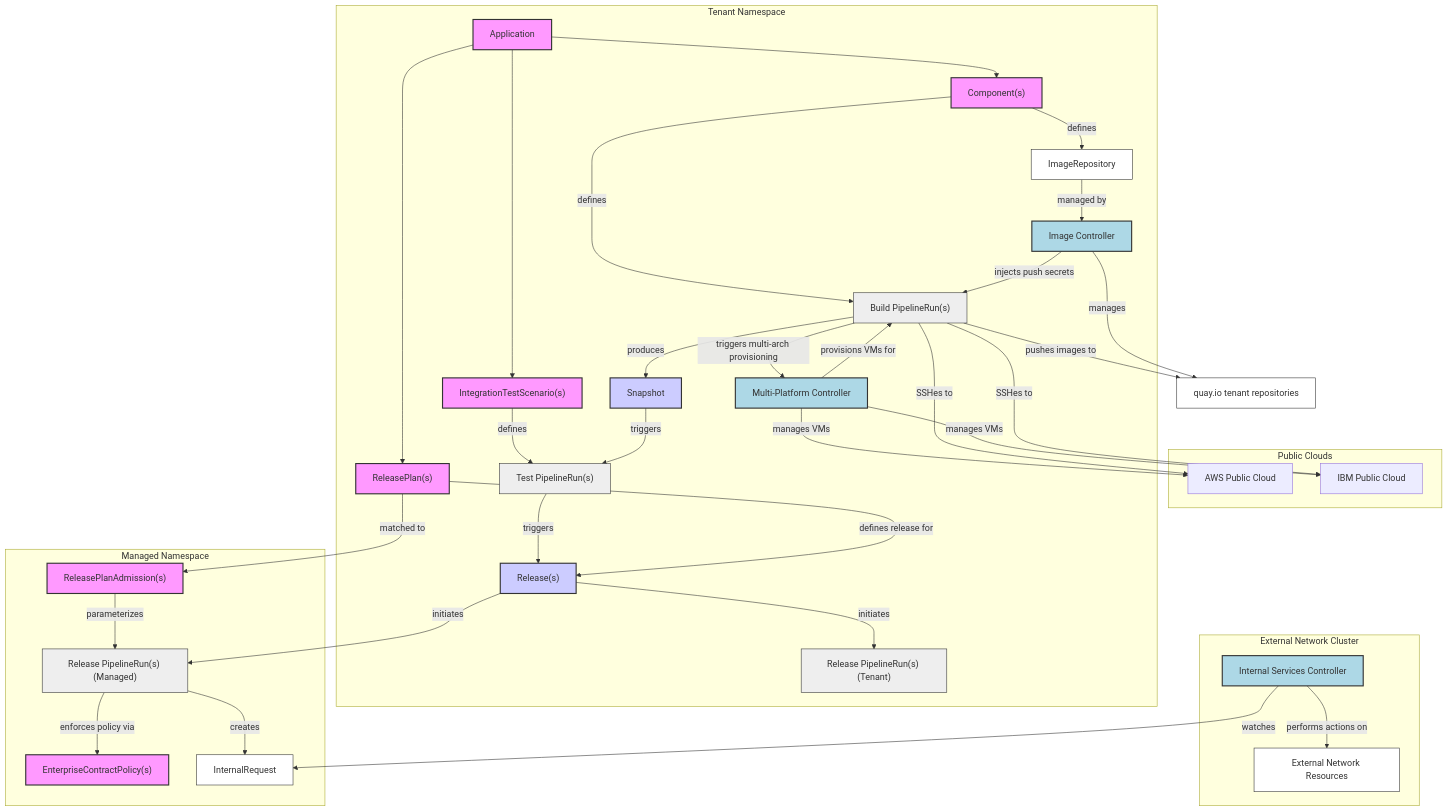
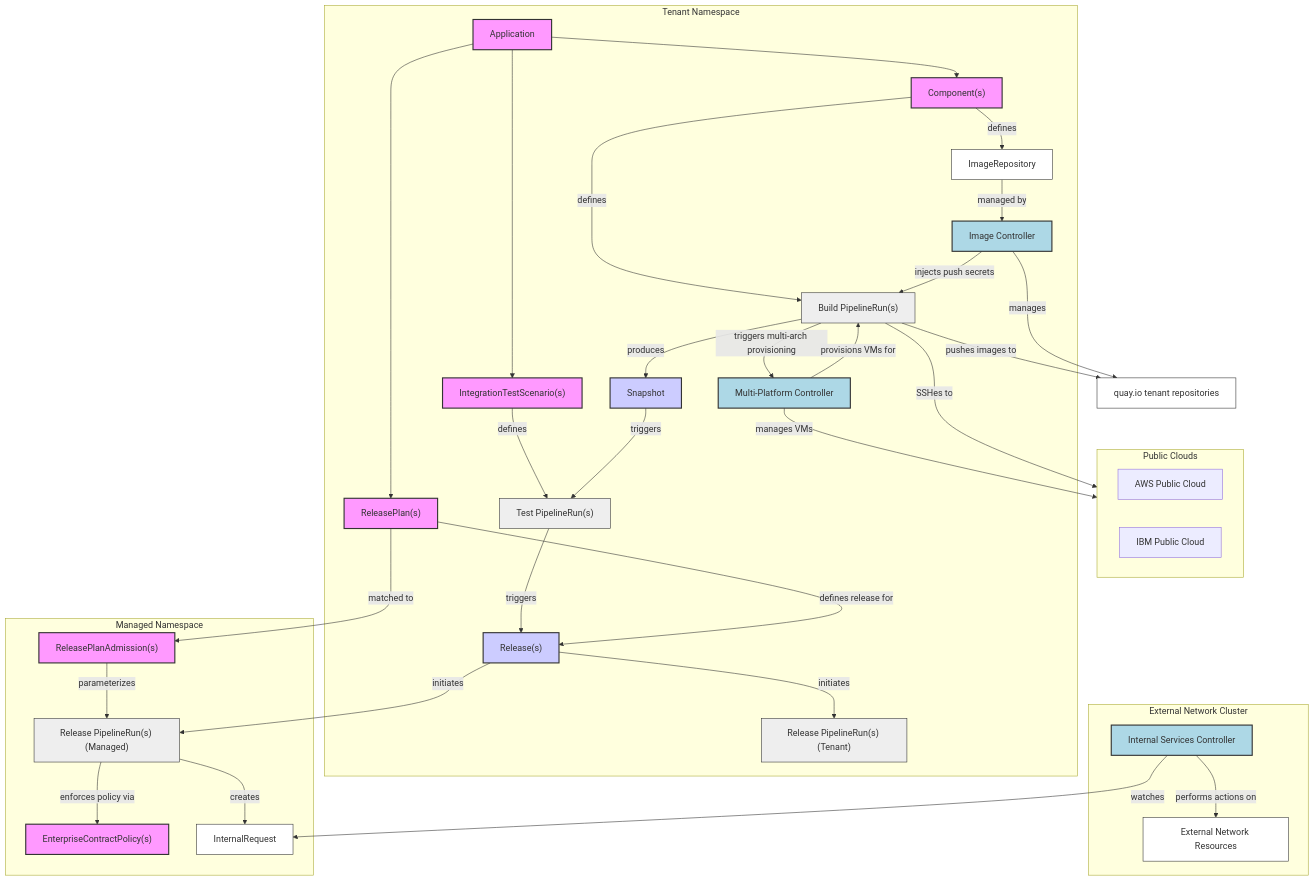
Before and after one commit to konflux-ci/architecture: the first of 2 diagrams in architecture/add-ons/index.md, drawn with Mermaid.

Commit message:
Simplify

````diff
--- a/architecture/add-ons/index.md
+++ b/architecture/add-ons/index.md
@@ -7,80 +7,78 @@
 ```mermaid
 graph TD
     QIO["quay.io tenant repositories"]
     subgraph clouds[Public Clouds]
         AWS["AWS Public Cloud"]
         IBM["IBM Public Cloud"]
     end
     BPR -- pushes images to --> QIO
     IC -- manages --> QIO
-    MPC -- manages VMs --> AWS
-    MPC -- manages VMs --> IBM
-    BPR -- SSHes to --> AWS
-    BPR -- SSHes to --> IBM
+    MPC -- manages VMs --> clouds
+    BPR -- SSHes to --> clouds
 
     subgraph tenant[Tenant Namespace]
         App[Application] --> Comp["Component(s)"]
         App --> ITS["IntegrationTestScenario(s)"]
         App --> RP["ReleasePlan(s)"]
 
         Comp -- defines --> BPR["Build PipelineRun(s)"]
         BPR -- produces --> Snap["Snapshot"]
         ITS -- defines --> TPR["Test PipelineRun(s)"]
         Snap -- triggers --> TPR
         TPR -- triggers --> Release["Release(s)"]
         RP -- defines release for --> Release
 
         Release -- initiates --> PR["Release PipelineRun(s) (Tenant)"]
         Comp -- defines --> IR["ImageRepository"]
         IR -- managed by --> IC["Image Controller"]
         IC -- injects push secrets --> BPR
         BPR -- triggers multi-arch provisioning --> MPC["Multi-Platform Controller"]
         MPC -- provisions VMs for --> BPR
     end
 
     subgraph managed[Managed Namespace]
         RPA["ReleasePlanAdmission(s)"]
         ECP["EnterpriseContractPolicy(s)"]
 
         Release -- initiates --> PRM["Release PipelineRun(s) (Managed)"]
         RP -- matched to --> RPA
         RPA -- parameterizes --> PRM
         PRM -- enforces policy via --> ECP
         PRM -- creates --> IRR["InternalRequest"]
     end
 
     subgraph external[External Network Cluster]
         ISC["Internal Services Controller"]
         ISC -- watches --> IRR
         ISC -- performs actions on --> EXT["External Network Resources"]
     end
 
     style App fill:#f9f,stroke:#333,stroke-width:2px
     style Comp fill:#f9f,stroke:#333,stroke-width:2px
     style Snap fill:#ccf,stroke:#333,stroke-width:2px
     style ITS fill:#f9f,stroke:#333,stroke-width:2px
     style RP fill:#f9f,stroke:#333,stroke-width:2px
     style Release fill:#ccf,stroke:#333,stroke-width:2px
     style PR fill:#eee,stroke:#333,stroke-width:1px
     style PRM fill:#eee,stroke:#333,stroke-width:1px
     style BPR fill:#eee,stroke:#333,stroke-width:1px
     style TPR fill:#eee,stroke:#333,stroke-width:1px
     style RPA fill:#f9f,stroke:#333,stroke-width:2px
     style ECP fill:#f9f,stroke:#333,stroke-width:2px
     style IC fill:#add8e6,stroke:#333,stroke-width:2px
     style QIO fill:#fff,stroke:#333,stroke-width:1px
     style MPC fill:#add8e6,stroke:#333,stroke-width:2px
     style IR fill:#fff,stroke:#333,stroke-width:1px
     style IRR fill:#fff,stroke:#333,stroke-width:1px
     style ISC fill:#add8e6,stroke:#333,stroke-width:2px
     style EXT fill:#fff,stroke:#333,stroke-width:1px
 
     classDef controlPlane fill:#f9f,stroke:#333,stroke-width:2px;
     class App,Comp,ITS,RP,RPA,ECP,IC,MPC,ISC controlPlane;
 
     classDef dataPlane fill:#ccf,stroke:#333,stroke-width:2px;
     class Snap,Release dataPlane;
 
     classDef tekton fill:#eee,stroke:#333,stroke-width:1px;
     class PR,PRM,BPR,TPR tekton;
 ```
````
